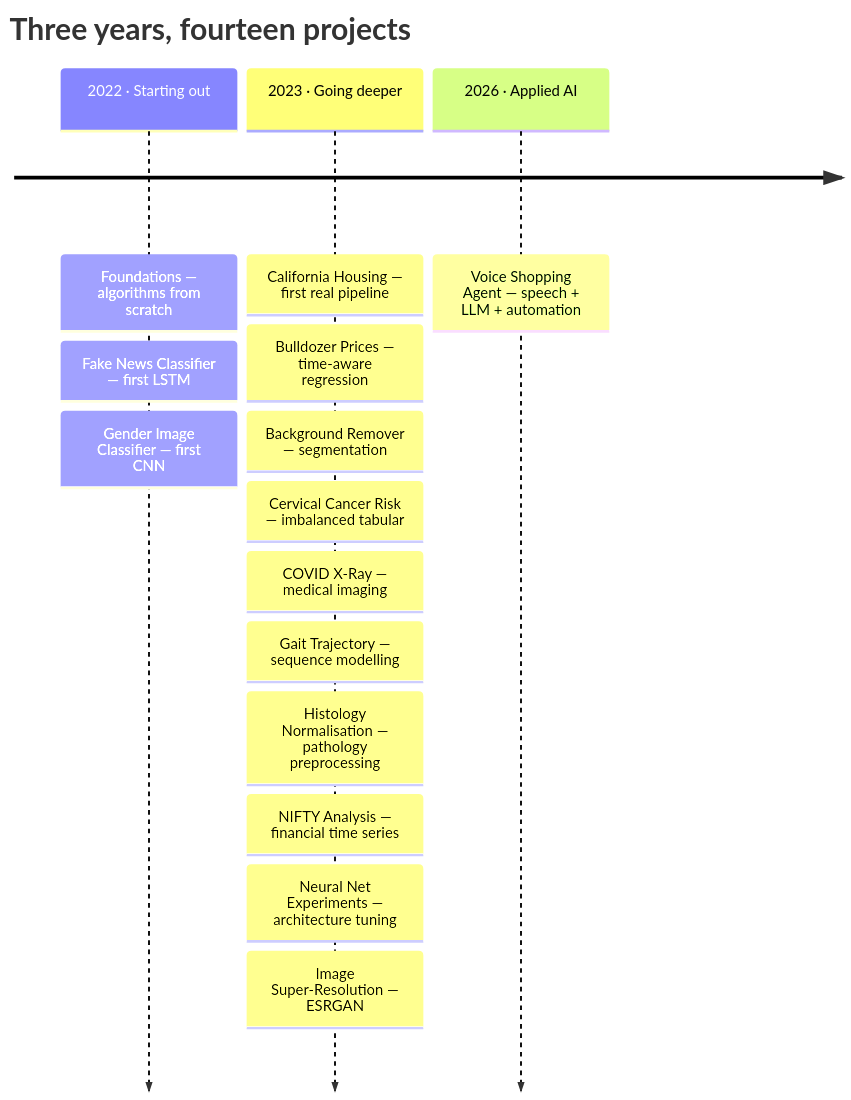
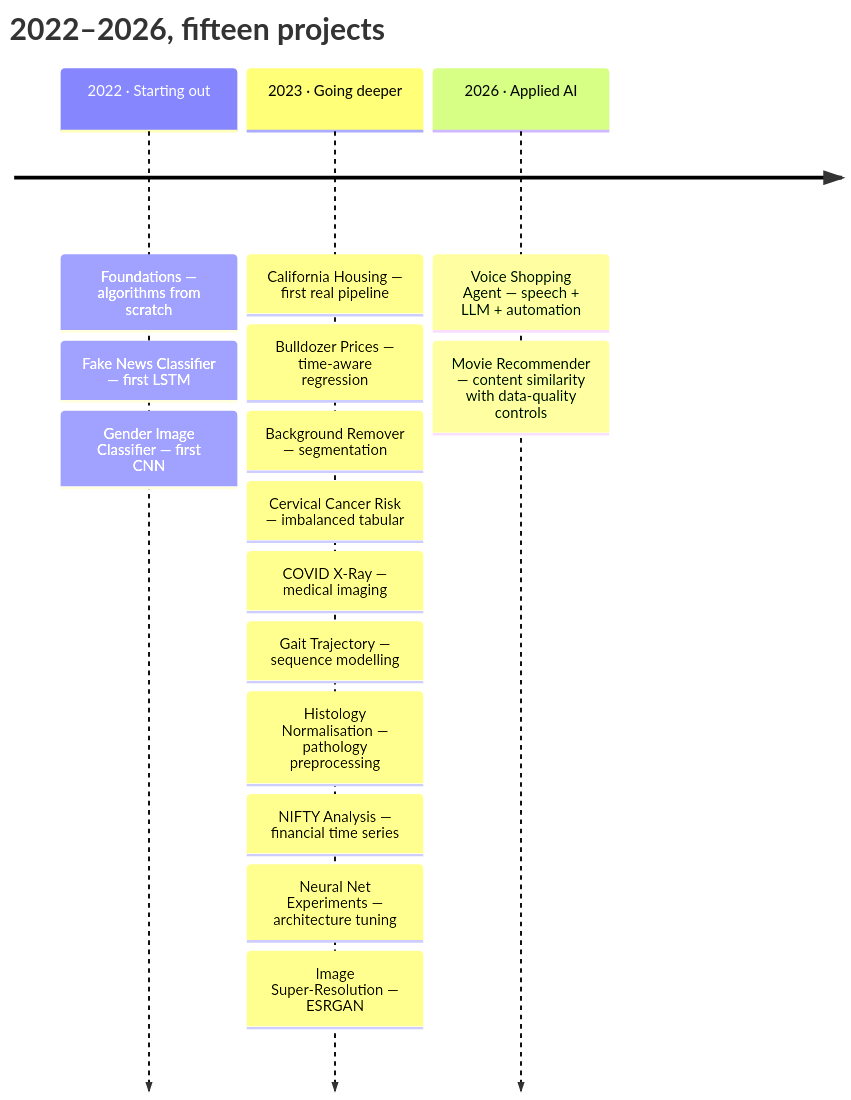
The first of 3 diagrams in README.md (CHAITANYA-2002/machine-learning-projects), drawn with Mermaid before and after one commit. The commit also changed other lines of this file and 13 other files, not shown here.

Commit message:
feat: add content-based movie recommender

````diff
--- a/README.md
+++ b/README.md
@@ -11,18 +11,19 @@
 ```mermaid
 timeline
-    title Three years, fourteen projects
+    title 2022–2026, fifteen projects
     2022 · Starting out : Foundations — algorithms from scratch
                         : Fake News Classifier — first LSTM
                         : Gender Image Classifier — first CNN
     2023 · Going deeper : California Housing — first real pipeline
                         : Bulldozer Prices — time-aware regression
                         : Background Remover — segmentation
                         : Cervical Cancer Risk — imbalanced tabular
                         : COVID X-Ray — medical imaging
                         : Gait Trajectory — sequence modelling
                         : Histology Normalisation — pathology preprocessing
                         : NIFTY Analysis — financial time series
                         : Neural Net Experiments — architecture tuning
                         : Image Super-Resolution — ESRGAN
     2026 · Applied AI   : Voice Shopping Agent — speech + LLM + automation
+                        : Movie Recommender — content similarity with data-quality controls
 ```
````
